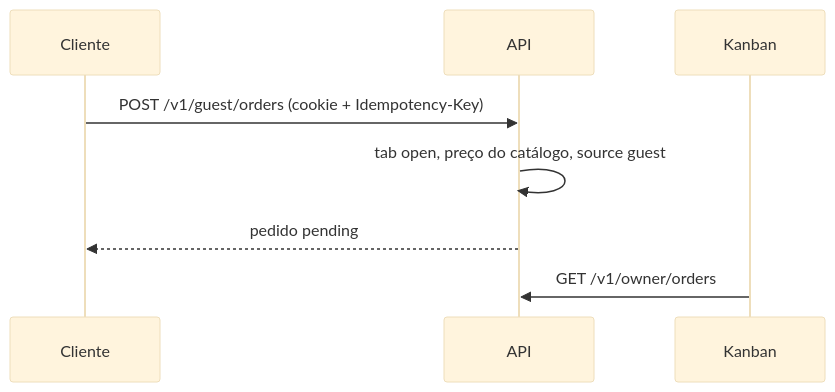
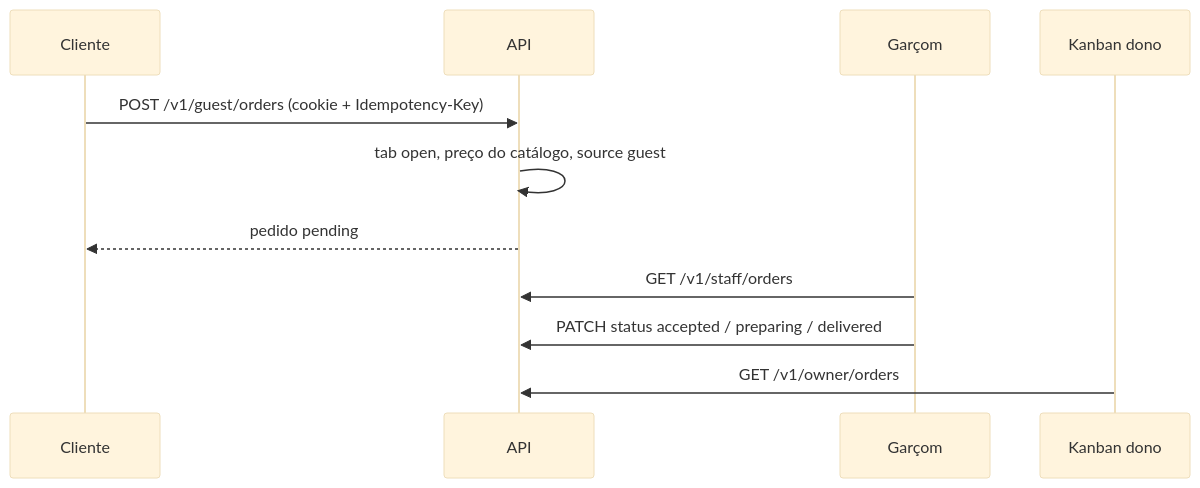
Before and after one commit to filiperamosds/eaimesa: the sixth of 6 diagrams in docs/product/fluxos.md, drawn with Mermaid (base theme). The commit also changed other lines of this file and 17 other files, not shown here.

````diff
--- a/docs/product/fluxos.md
+++ b/docs/product/fluxos.md
@@ -128,11 +128,14 @@
 ```mermaid
 sequenceDiagram
   participant C as Cliente
   participant API as API
-  participant K as Kanban
+  participant G as Garçom
+  participant K as Kanban dono
 
   C->>API: POST /v1/guest/orders (cookie + Idempotency-Key)
   API->>API: tab open, preço do catálogo, source guest
   API-->>C: pedido pending
+  G->>API: GET /v1/staff/orders
+  G->>API: PATCH status accepted / preparing / delivered
   K->>API: GET /v1/owner/orders
 ```
````
